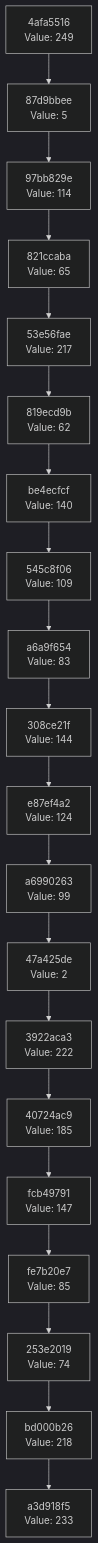
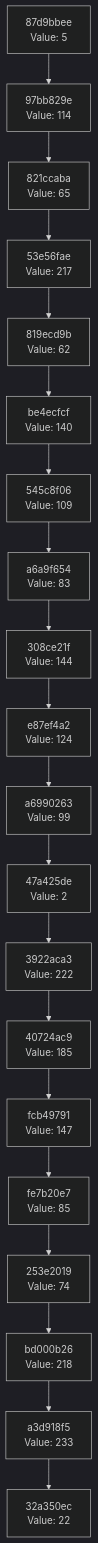
The diagram in docs/CHAIN_VISUALIZATION.md (Abhisheksinha1506/hash-chain-evolver), drawn with Mermaid (dark theme) before and after one commit. The commit also changed 3 other files, not shown here.

````diff
--- a/docs/CHAIN_VISUALIZATION.md
+++ b/docs/CHAIN_VISUALIZATION.md
@@ -3,42 +3,42 @@
 ```mermaid
 graph TD
-    C0["a3d918f5<br/>Value: 233"]
-    C1["bd000b26<br/>Value: 218"]
+    C0["32a350ec<br/>Value: 22"]
+    C1["a3d918f5<br/>Value: 233"]
     C1 --> C0
-    C2["253e2019<br/>Value: 74"]
+    C2["bd000b26<br/>Value: 218"]
     C2 --> C1
-    C3["fe7b20e7<br/>Value: 85"]
+    C3["253e2019<br/>Value: 74"]
     C3 --> C2
-    C4["fcb49791<br/>Value: 147"]
+    C4["fe7b20e7<br/>Value: 85"]
     C4 --> C3
-    C5["40724ac9<br/>Value: 185"]
+    C5["fcb49791<br/>Value: 147"]
     C5 --> C4
-    C6["3922aca3<br/>Value: 222"]
+    C6["40724ac9<br/>Value: 185"]
     C6 --> C5
-    C7["47a425de<br/>Value: 2"]
+    C7["3922aca3<br/>Value: 222"]
     C7 --> C6
-    C8["a6990263<br/>Value: 99"]
+    C8["47a425de<br/>Value: 2"]
     C8 --> C7
-    C9["e87ef4a2<br/>Value: 124"]
+    C9["a6990263<br/>Value: 99"]
     C9 --> C8
-    C10["308ce21f<br/>Value: 144"]
+    C10["e87ef4a2<br/>Value: 124"]
     C10 --> C9
-    C11["a6a9f654<br/>Value: 83"]
+    C11["308ce21f<br/>Value: 144"]
     C11 --> C10
-    C12["545c8f06<br/>Value: 109"]
+    C12["a6a9f654<br/>Value: 83"]
     C12 --> C11
-    C13["be4ecfcf<br/>Value: 140"]
+    C13["545c8f06<br/>Value: 109"]
     C13 --> C12
-    C14["819ecd9b<br/>Value: 62"]
+    C14["be4ecfcf<br/>Value: 140"]
     C14 --> C13
-    C15["53e56fae<br/>Value: 217"]
+    C15["819ecd9b<br/>Value: 62"]
     C15 --> C14
-    C16["821ccaba<br/>Value: 65"]
+    C16["53e56fae<br/>Value: 217"]
     C16 --> C15
-    C17["97bb829e<br/>Value: 114"]
+    C17["821ccaba<br/>Value: 65"]
     C17 --> C16
-    C18["87d9bbee<br/>Value: 5"]
+    C18["97bb829e<br/>Value: 114"]
     C18 --> C17
-    C19["4afa5516<br/>Value: 249"]
+    C19["87d9bbee<br/>Value: 5"]
     C19 --> C18
 ```
````
